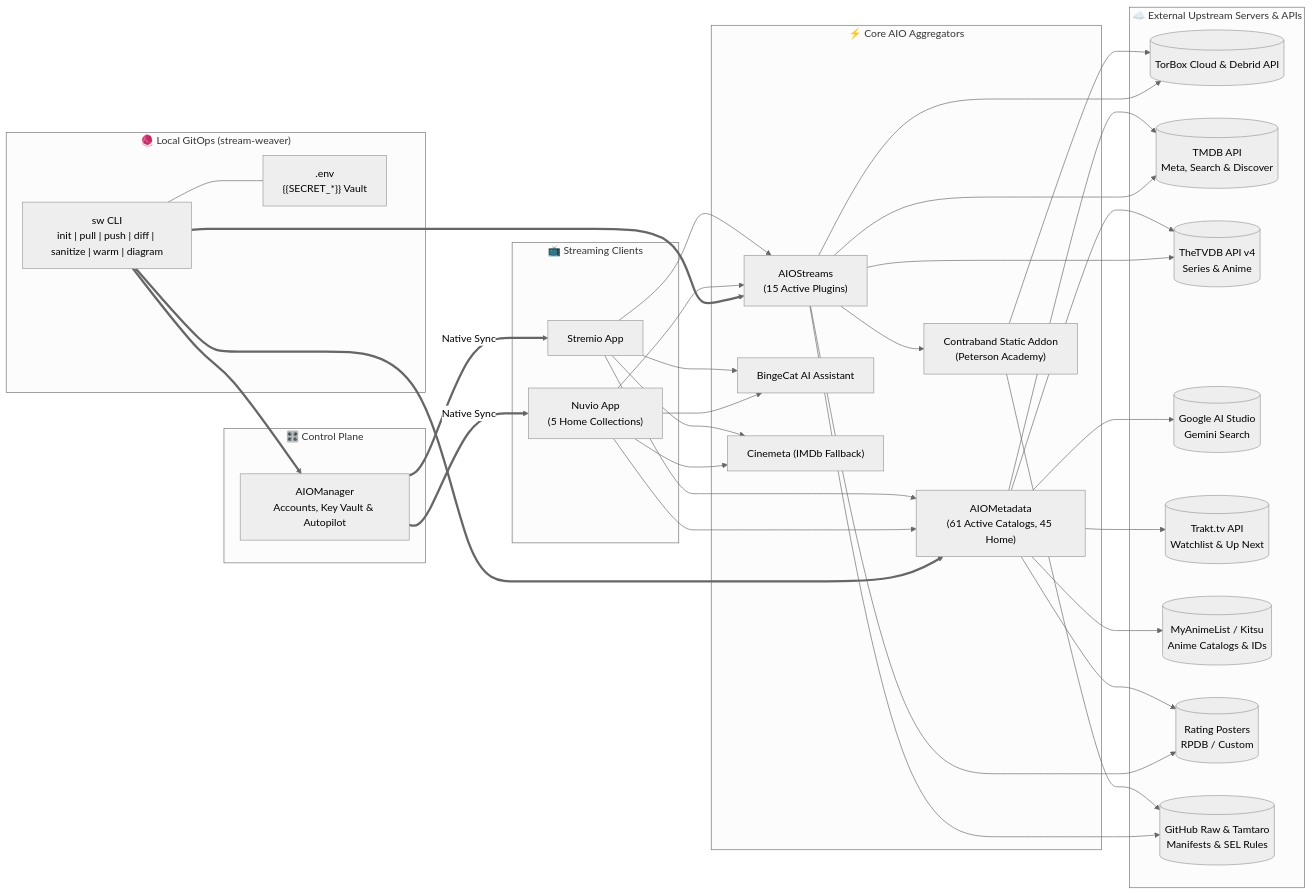
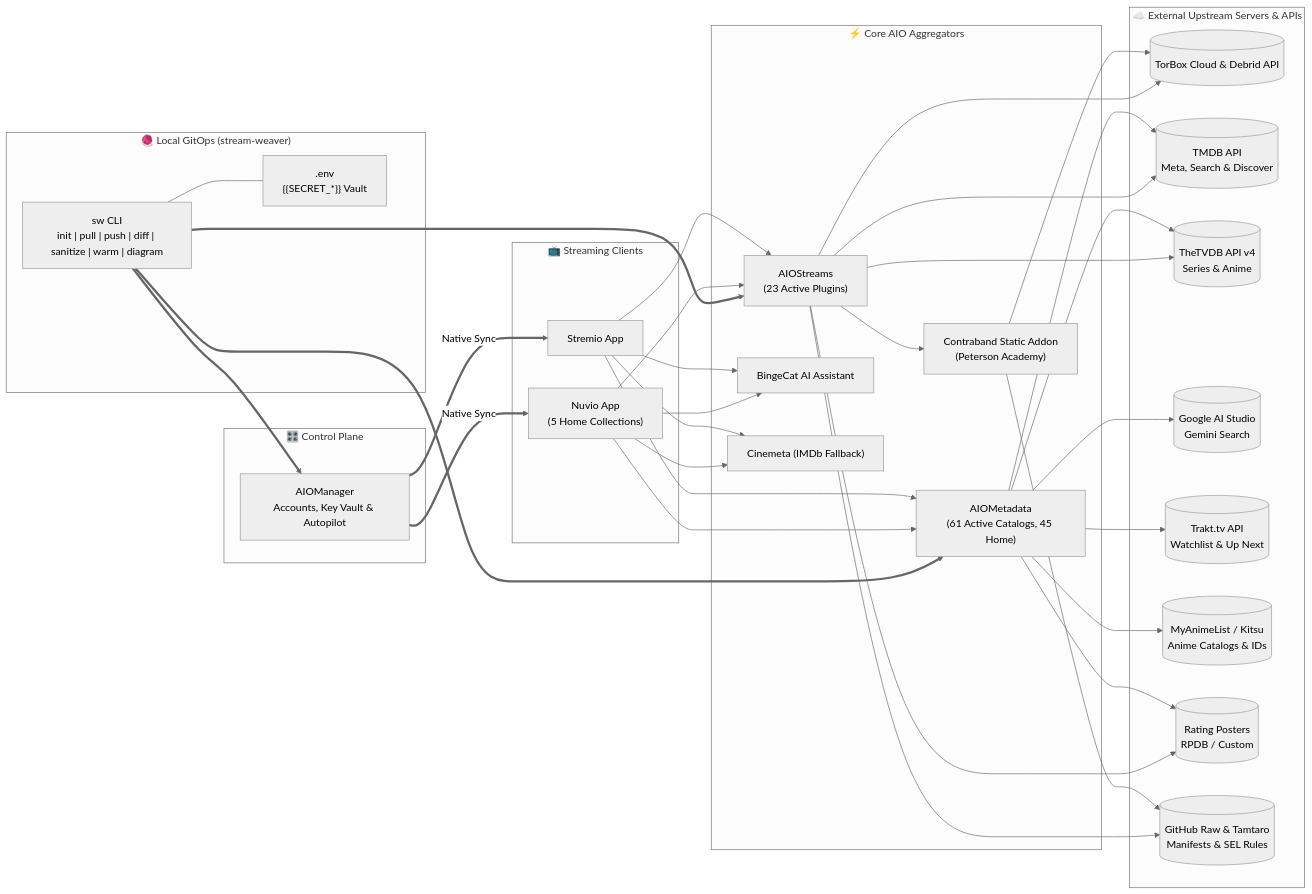
Before and after one commit to Darshan-AS/stream-weaver: the first of 3 diagrams in ARCHITECTURE.md, drawn with Mermaid (neutral theme). The commit also changed other lines of this file and 11 other files, not shown here.

````diff
--- a/ARCHITECTURE.md
+++ b/ARCHITECTURE.md
@@ -26,43 +26,43 @@
 ```mermaid
 flowchart LR
     subgraph GitOps["🧶 Local GitOps (stream-weaver)"]
         SW["sw CLI\ninit | pull | push | diff | sanitize | warm | diagram"]
         ENV[".env\n{{SECRET_*}} Vault"]
         SW --- ENV
     end
 
     subgraph Clients["📺 Streaming Clients"]
         Nuvio["Nuvio App\n(5 Home Collections)"]
         Stremio["Stremio App"]
     end
 
     subgraph Control["🎛️ Control Plane"]
         MGR["AIOManager\nAccounts, Key Vault & Autopilot"]
     end
 
     subgraph Aggregators["⚡ Core AIO Aggregators"]
-        AS["AIOStreams\n(15 Active Plugins)"]
+        AS["AIOStreams\n(23 Active Plugins)"]
         AM["AIOMetadata\n(61 Active Catalogs, 45 Home)"]
         BC["BingeCat AI Assistant"]
         CB["Contraband Static Addon\n(Peterson Academy)"]
         CM["Cinemeta (IMDb Fallback)"]
     end
 
     subgraph Upstream["☁️ External Upstream Servers & APIs"]
         DEB[("TorBox Cloud & Debrid API")]
         TMDB[("TMDB API\nMeta, Search & Discover")]
         TVDB[("TheTVDB API v4\nSeries & Anime")]
         GEM[("Google AI Studio\nGemini Search")]
         TRAKT[("Trakt.tv API\nWatchlist & Up Next")]
         MAL[("MyAnimeList / Kitsu\nAnime Catalogs & IDs")]
         POSTER[("Rating Posters\nRPDB / Custom")]
         GH[("GitHub Raw & Tamtaro\nManifests & SEL Rules")]
     end
 
     SW ==> MGR & AS & AM
     MGR == "Native Sync" ==> Nuvio & Stremio
     Nuvio & Stremio --> AS & AM & BC & CM
     AS --> CB & DEB & TMDB & TVDB & POSTER & GH
     CB --> GH & DEB
     AM --> TMDB & TVDB & GEM & TRAKT & MAL & POSTER
 ```
````
